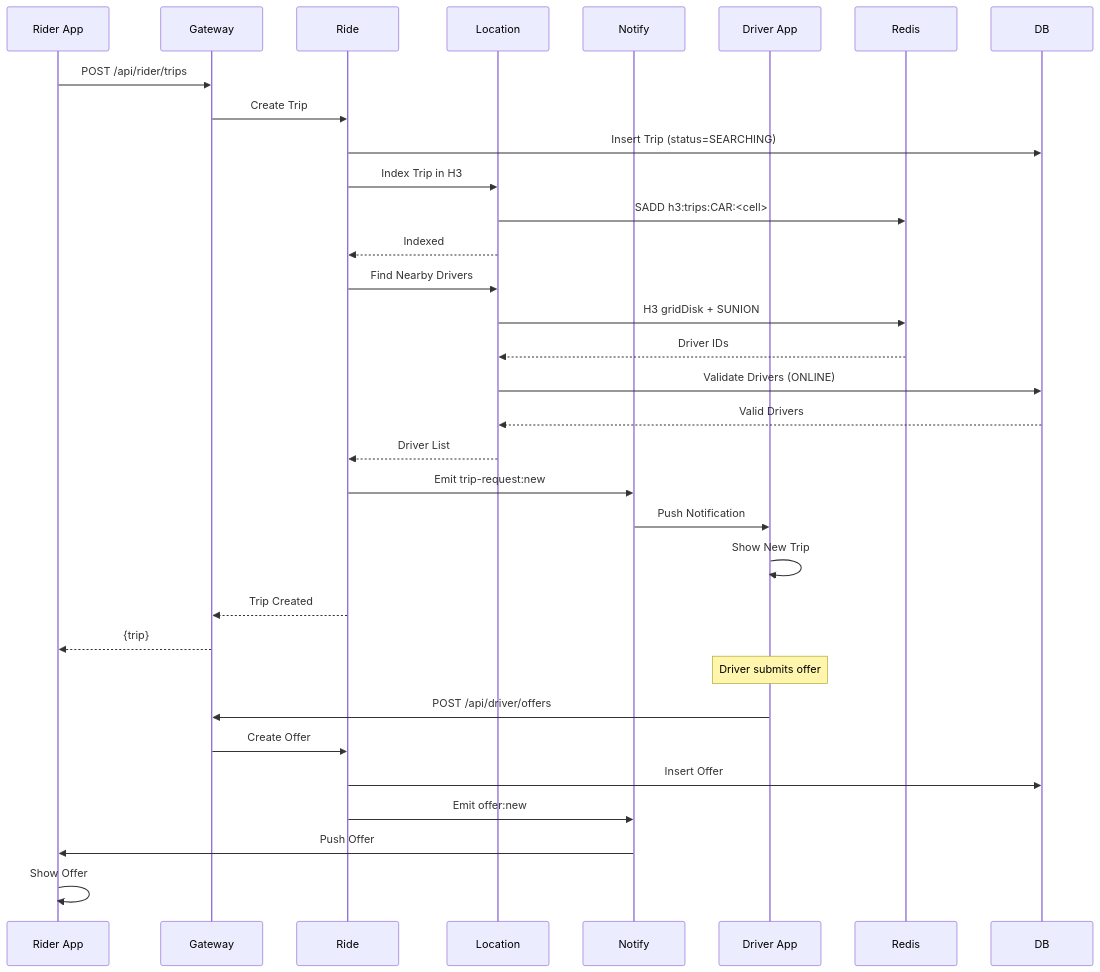
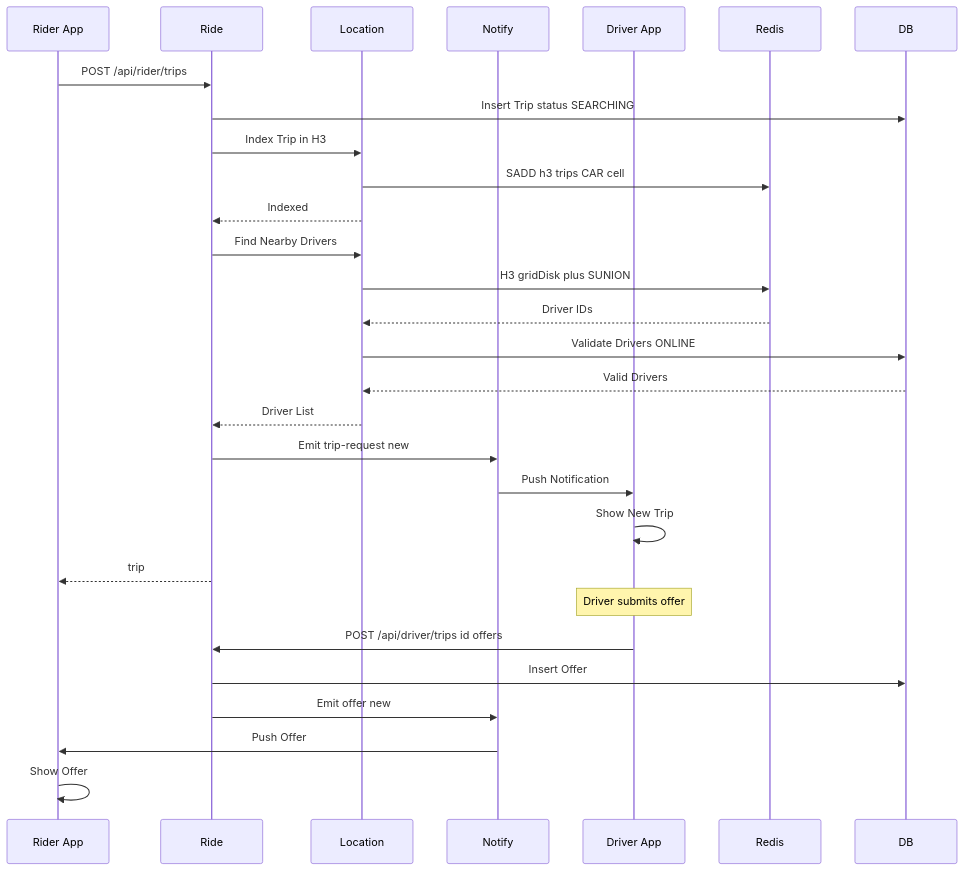
Before and after one commit to 13x54n/Eve: the seventh of 11 diagrams in ARCHITECTURE.md, drawn with Mermaid. The commit also changed other lines of this file and 54 other files, not shown here.

````diff
--- a/ARCHITECTURE.md
+++ b/ARCHITECTURE.md
@@ -480,37 +471,33 @@
 ```mermaid
 sequenceDiagram
     participant Rider as Rider App
-    participant Gateway
     participant Ride
     participant Location
     participant Notify
     participant Driver as Driver App
     participant Redis
     participant DB
 
-    Rider->>Gateway: POST /api/rider/trips
-    Gateway->>Ride: Create Trip
-    Ride->>DB: Insert Trip (status=SEARCHING)
+    Rider->>Ride: POST /api/rider/trips
+    Ride->>DB: Insert Trip status SEARCHING
     Ride->>Location: Index Trip in H3
-    Location->>Redis: SADD h3:trips:CAR:<cell>
+    Location->>Redis: SADD h3 trips CAR cell
     Location-->>Ride: Indexed
     Ride->>Location: Find Nearby Drivers
-    Location->>Redis: H3 gridDisk + SUNION
+    Location->>Redis: H3 gridDisk plus SUNION
     Redis-->>Location: Driver IDs
-    Location->>DB: Validate Drivers (ONLINE)
+    Location->>DB: Validate Drivers ONLINE
     DB-->>Location: Valid Drivers
     Location-->>Ride: Driver List
-    Ride->>Notify: Emit trip-request:new
+    Ride->>Notify: Emit trip-request new
     Notify->>Driver: Push Notification
     Driver->>Driver: Show New Trip
-    Ride-->>Gateway: Trip Created
-    Gateway-->>Rider: {trip}
-    
+    Ride-->>Rider: trip
+
     Note over Driver: Driver submits offer
-    Driver->>Gateway: POST /api/driver/offers
-    Gateway->>Ride: Create Offer
+    Driver->>Ride: POST /api/driver/trips id offers
     Ride->>DB: Insert Offer
-    Ride->>Notify: Emit offer:new
+    Ride->>Notify: Emit offer new
     Notify->>Rider: Push Offer
     Rider->>Rider: Show Offer
 ```
````
